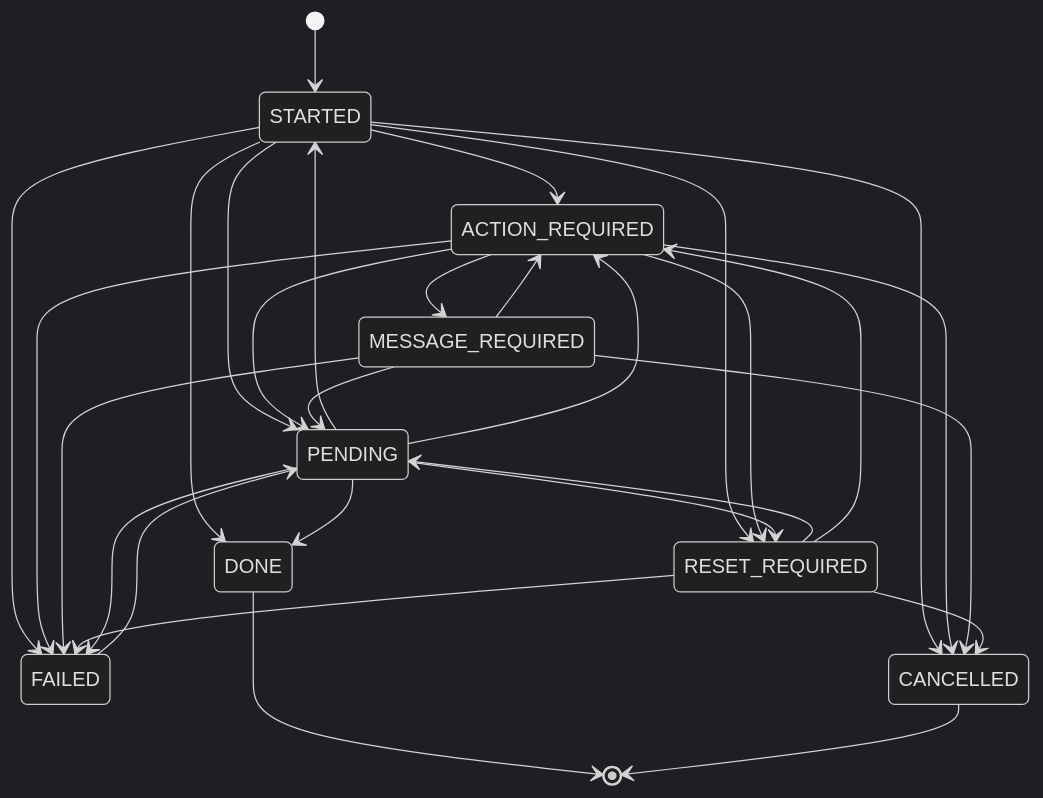
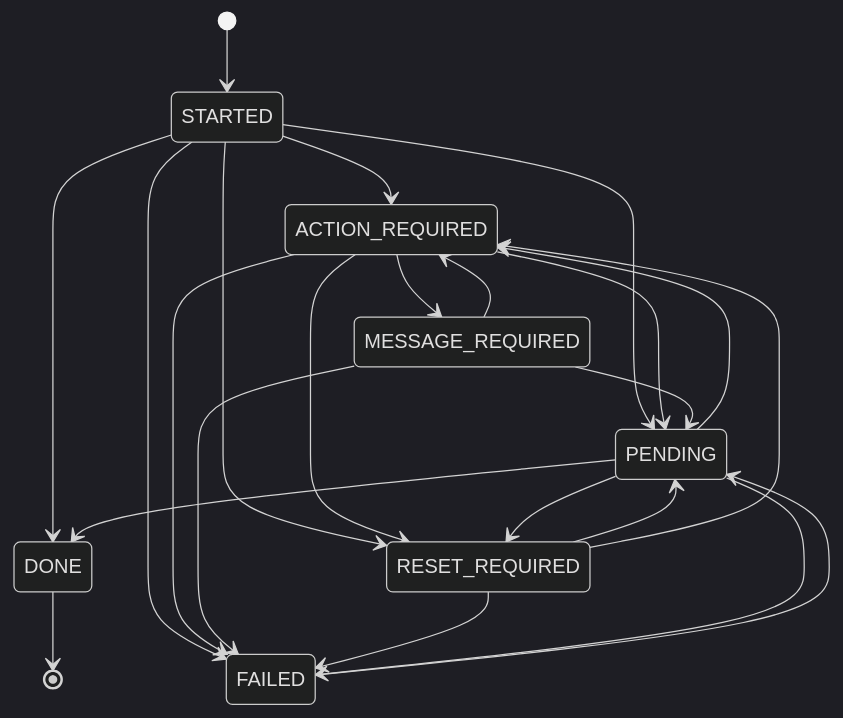
One commit to lifinance/sdk changed the second of 9 diagrams in packages/sdk/EXECUTION_FLOW.md. Above: the diagram before and after it, drawn with Mermaid (dark theme). The commit also changed other lines of this file and 5 other files, not shown here.

````diff
--- a/packages/sdk/EXECUTION_FLOW.md
+++ b/packages/sdk/EXECUTION_FLOW.md
@@ -32,38 +32,32 @@
 ```mermaid
 stateDiagram-v2
     [*] --> STARTED
     
     STARTED --> ACTION_REQUIRED
     STARTED --> PENDING
     STARTED --> RESET_REQUIRED
     STARTED --> FAILED
-    STARTED --> CANCELLED
     STARTED --> DONE
     
     ACTION_REQUIRED --> PENDING
     ACTION_REQUIRED --> MESSAGE_REQUIRED
     ACTION_REQUIRED --> RESET_REQUIRED
     ACTION_REQUIRED --> FAILED
-    ACTION_REQUIRED --> CANCELLED
     
     MESSAGE_REQUIRED --> PENDING
     MESSAGE_REQUIRED --> ACTION_REQUIRED
     MESSAGE_REQUIRED --> FAILED
-    MESSAGE_REQUIRED --> CANCELLED
     
     RESET_REQUIRED --> PENDING
     RESET_REQUIRED --> ACTION_REQUIRED
     RESET_REQUIRED --> FAILED
-    RESET_REQUIRED --> CANCELLED
     
-    PENDING --> STARTED
     PENDING --> DONE
     PENDING --> ACTION_REQUIRED
     PENDING --> RESET_REQUIRED
     PENDING --> FAILED
     
     FAILED --> PENDING
     
     DONE --> [*]
-    CANCELLED --> [*]
 ```
````
